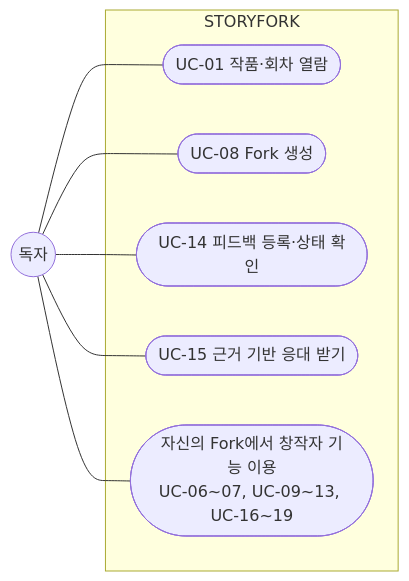
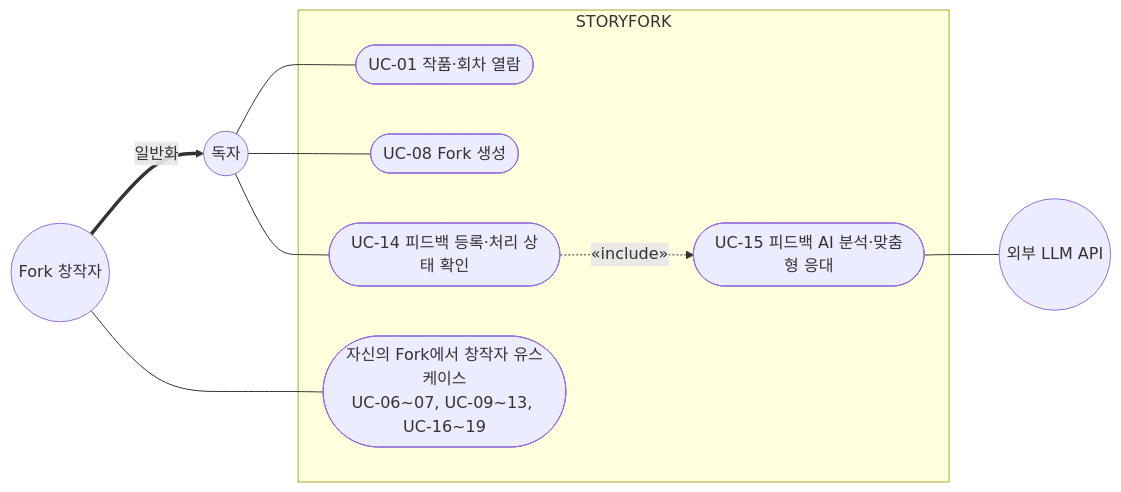
Before and after one commit to SKNETWORKS-FAMILY-AICAMP/SKN34-FINAL-4TEAM: the third of 9 diagrams in docs/usecase.md, drawn with Mermaid. The commit also changed other lines of this file and 1 other file, not shown here.

First line of the commit message:
docs: 유스케이스 다이어그램 보완 및 명세서 작성

````diff
--- a/docs/usecase.md
+++ b/docs/usecase.md
@@ -118,16 +167,20 @@
 ```mermaid
 flowchart LR
   R(("독자"))
+  F(("Fork 창작자"))
+  L(("외부 LLM API"))
   subgraph SYS["STORYFORK"]
     U01(["UC-01 작품·회차 열람"])
     U08(["UC-08 Fork 생성"])
-    U14(["UC-14 피드백 등록·상태 확인"])
-    U15(["UC-15 근거 기반 응대 받기"])
-    OWN(["자신의 Fork에서 창작자 기능 이용<br/>UC-06~07, UC-09~13, UC-16~19"])
+    U14(["UC-14 피드백 등록·처리 상태 확인"])
+    U15(["UC-15 피드백 AI 분석·맞춤형 응대"])
+    OWN(["자신의 Fork에서 창작자 유스케이스<br/>UC-06~07, UC-09~13, UC-16~19"])
   end
   R --- U01
   R --- U08
   R --- U14
-  R --- U15
-  R --- OWN
+  U14 -.->|"«include»"| U15
+  U15 --- L
+  F ==>|"일반화"| R
+  F --- OWN
 ```
````
